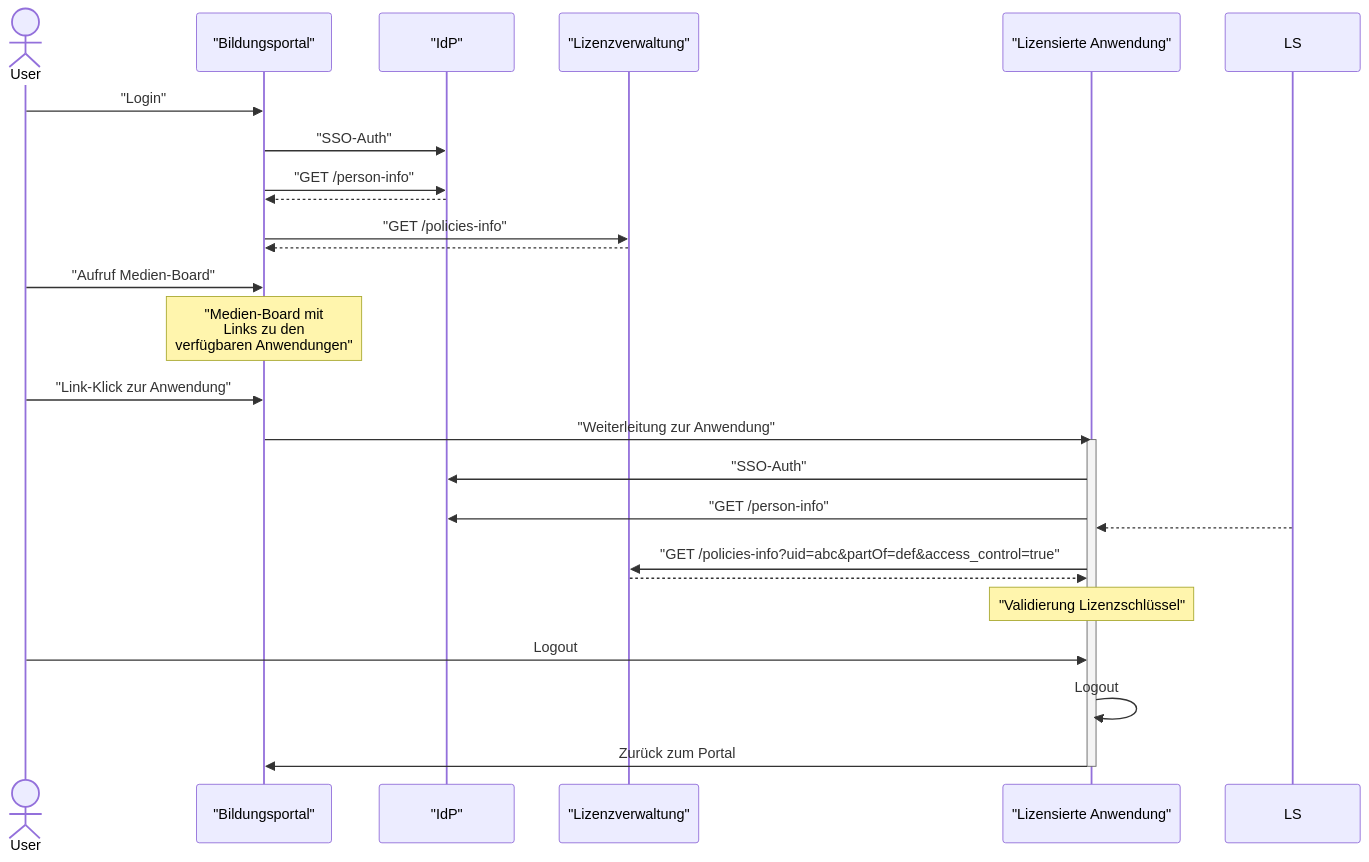
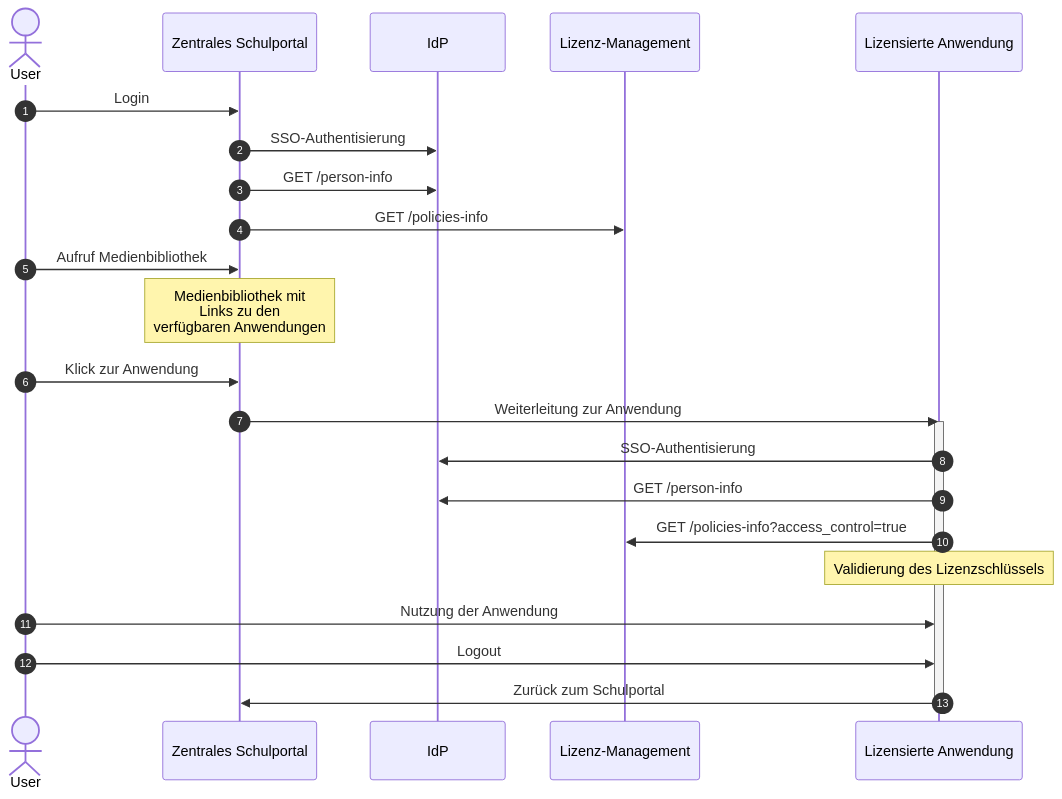
Before and after one commit to Schulconnex/Schulconnex: the diagram in docs/lizenzerweiterung/praxisleitfaden/medium-aufrufen.md, drawn with Mermaid. The commit also changed other lines of this file, not shown here.

Commit message:
Text und Graphik verbessert.

````diff
--- a/docs/lizenzerweiterung/praxisleitfaden/medium-aufrufen.md
+++ b/docs/lizenzerweiterung/praxisleitfaden/medium-aufrufen.md
@@ -35,30 +24,27 @@
 ```mermaid
 sequenceDiagram
+    autonumber
     actor User
-    participant P as "Bildungsportal"
-    participant IdP as "IdP"
-    participant LV as "Lizenzverwaltung"
-    participant A as "Lizensierte Anwendung"
+    participant P as Zentrales Schulportal
+    participant IdP as IdP
+    participant LM as Lizenz-Management
+    participant A as Lizensierte Anwendung
 
-    User->>P: "Login"
-    P->>IdP: "SSO-Auth"
-    P->>IdP: "GET /person-info"
-    IdP-->>P: 
-    P->>LV: "GET /policies-info"
-    LV-->>P: 
-    User->>P: "Aufruf Medien-Board"
-    Note over P: "Medien-Board mit<br/>Links zu den<br/>verfügbaren Anwendungen"
-    User->>P: "Link-Klick zur Anwendung"
-    P->>A: "Weiterleitung zur Anwendung"
+    User->>P: Login
+    P->>IdP: SSO-Authentisierung
+    P->>IdP: GET /person-info
+    P->>LM: GET /policies-info
+    User->>P: Aufruf Medienbibliothek
+    Note over P: Medienbibliothek mit<br/>Links zu den<br/>verfügbaren Anwendungen
+    User->>P: Klick zur Anwendung
+    P->>A: Weiterleitung zur Anwendung
     activate A
-    A->>IdP: "SSO-Auth"
-    A->>IdP: "GET /person-info"
-    LS-->>A: 
-    A->>LV: "GET /policies-info?uid=abc&partOf=def&access_control=true"
-    LV-->>A: 
-    Note over A: "Validierung Lizenzschlüssel"
+    A->>IdP: SSO-Authentisierung
+    A->>IdP: GET /person-info
+    A->>LM: GET /policies-info?access_control=true
+    Note over A: Validierung des Lizenzschlüssels
+    User->>A: Nutzung der Anwendung
     User->>A: Logout
-    A->>A: Logout
-    A->>P: Zurück zum Portal
+    A->>P: Zurück zum Schulportal
     deactivate A 
 ```
````
